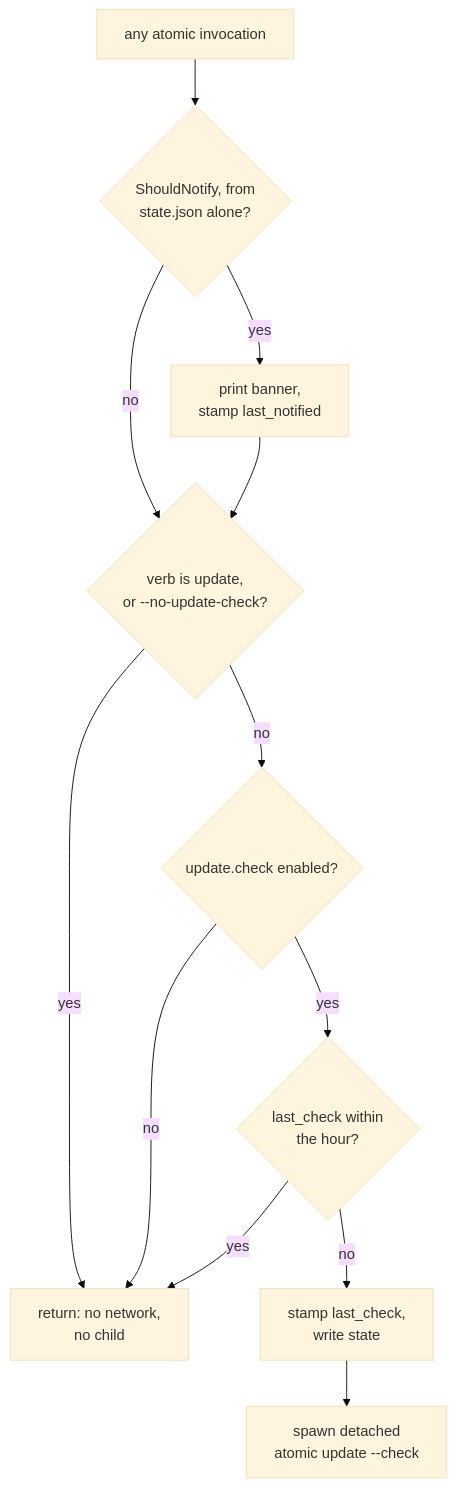
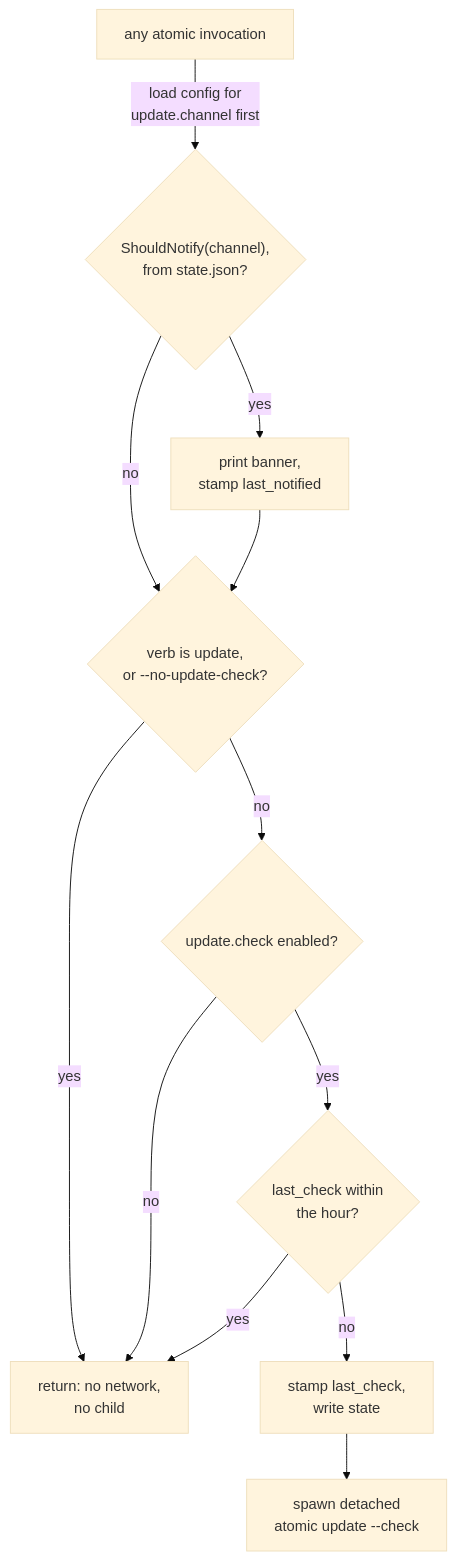
One commit to damusix/atomic-claude changed the sixth of 7 diagrams in docs/wiki/config.md. Above: the diagram before and after it, drawn with Mermaid (base theme). The commit also changed other lines of this file and 61 other files, not shown here.

````diff
--- a/docs/wiki/config.md
+++ b/docs/wiki/config.md
@@ -160,14 +188,14 @@
 ```mermaid
 flowchart TD
-    A["any atomic invocation"] --> B{"ShouldNotify, from<br/>state.json alone?"}
+    A["any atomic invocation"] -->|"load config for<br/>update.channel first"| B{"ShouldNotify(channel),<br/>from state.json?"}
     B -->|yes| BN["print banner,<br/>stamp last_notified"]
     B -->|no| G1
     BN --> G1{"verb is update,<br/>or --no-update-check?"}
     G1 -->|yes| R["return: no network,<br/>no child"]
     G1 -->|no| G2{"update.check enabled?"}
     G2 -->|no| R
     G2 -->|yes| G3{"last_check within<br/>the hour?"}
     G3 -->|yes| R
     G3 -->|no| ST["stamp last_check,<br/>write state"]
     ST --> SP["spawn detached<br/>atomic update --check"]
 ```
````
